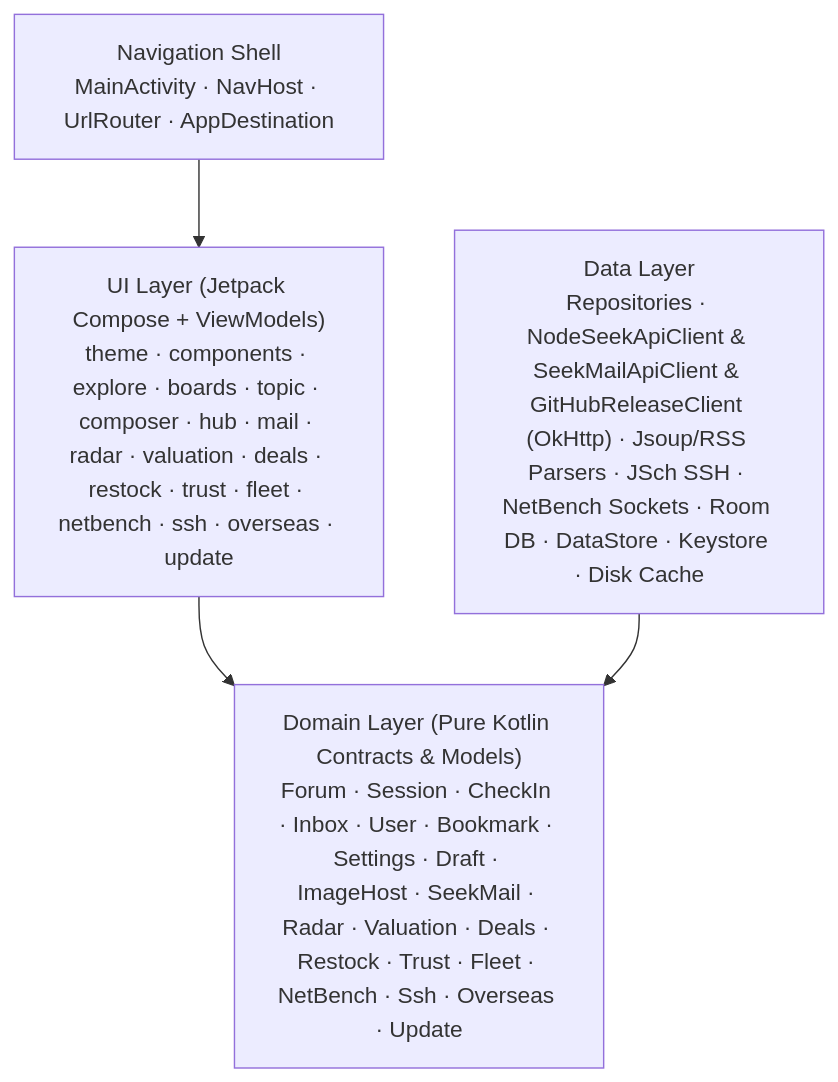
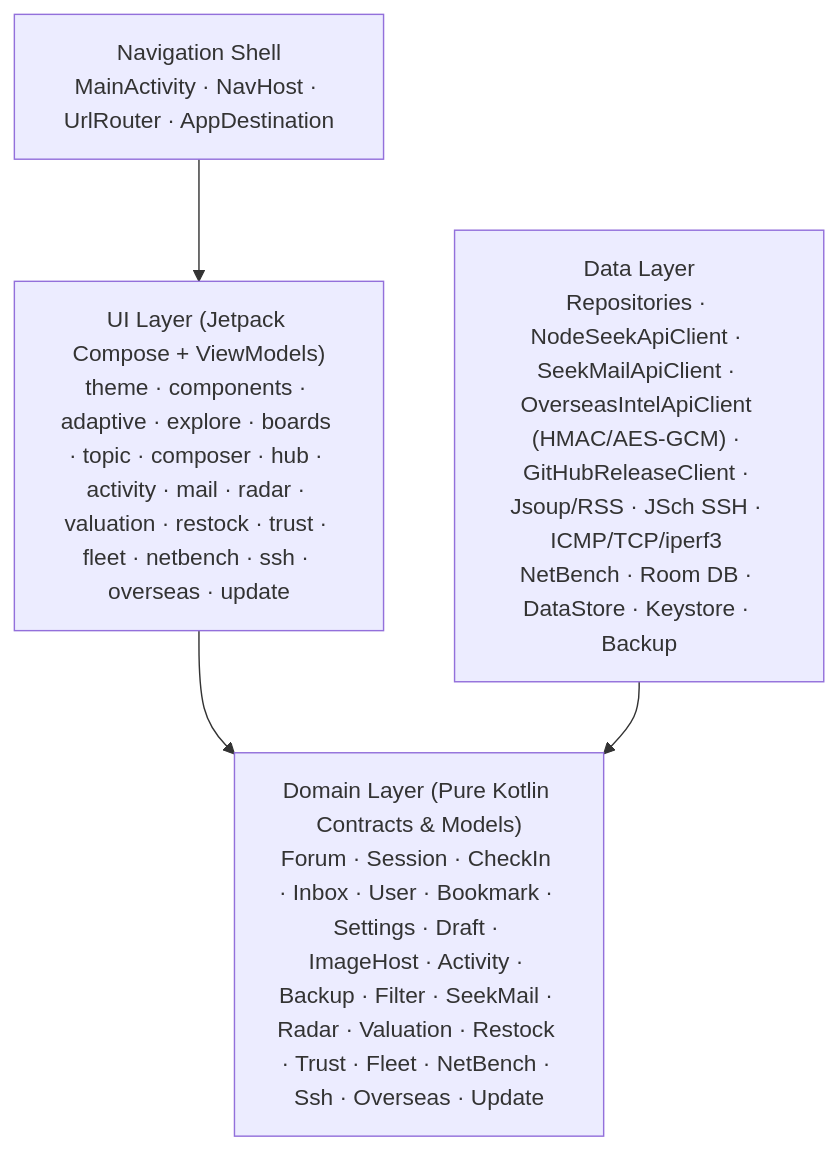
The diagram in README.md (learningdog1/Anode), drawn with Mermaid before and after one commit. The commit also changed other lines of this file and 2 other files, not shown here.

````diff
--- a/README.md
+++ b/README.md
@@ -340,11 +336,11 @@
 ```mermaid
 flowchart TD
-    UI["UI Layer (Jetpack Compose + ViewModels)<br/>theme · components · explore · boards · topic · composer · hub · mail · radar · valuation · deals · restock · trust · fleet · netbench · ssh · overseas · update"]
+    UI["UI Layer (Jetpack Compose + ViewModels)<br/>theme · components · adaptive · explore · boards · topic · composer · hub · activity · mail · radar · valuation · restock · trust · fleet · netbench · ssh · overseas · update"]
     NAV["Navigation Shell<br/>MainActivity · NavHost · UrlRouter · AppDestination"]
-    DOMAIN["Domain Layer (Pure Kotlin Contracts & Models)<br/>Forum · Session · CheckIn · Inbox · User · Bookmark · Settings · Draft · ImageHost · SeekMail · Radar · Valuation · Deals · Restock · Trust · Fleet · NetBench · Ssh · Overseas · Update"]
-    DATA["Data Layer<br/>Repositories · NodeSeekApiClient & SeekMailApiClient & GitHubReleaseClient (OkHttp) · Jsoup/RSS Parsers · JSch SSH · NetBench Sockets · Room DB · DataStore · Keystore · Disk Cache"]
+    DOMAIN["Domain Layer (Pure Kotlin Contracts & Models)<br/>Forum · Session · CheckIn · Inbox · User · Bookmark · Settings · Draft · ImageHost · Activity · Backup · Filter · SeekMail · Radar · Valuation · Restock · Trust · Fleet · NetBench · Ssh · Overseas · Update"]
+    DATA["Data Layer<br/>Repositories · NodeSeekApiClient · SeekMailApiClient · OverseasIntelApiClient (HMAC/AES-GCM) · GitHubReleaseClient · Jsoup/RSS · JSch SSH · ICMP/TCP/iperf3 NetBench · Room DB · DataStore · Keystore · Backup"]
 
     NAV --> UI
     UI --> DOMAIN
     DATA --> DOMAIN
 ```
````
